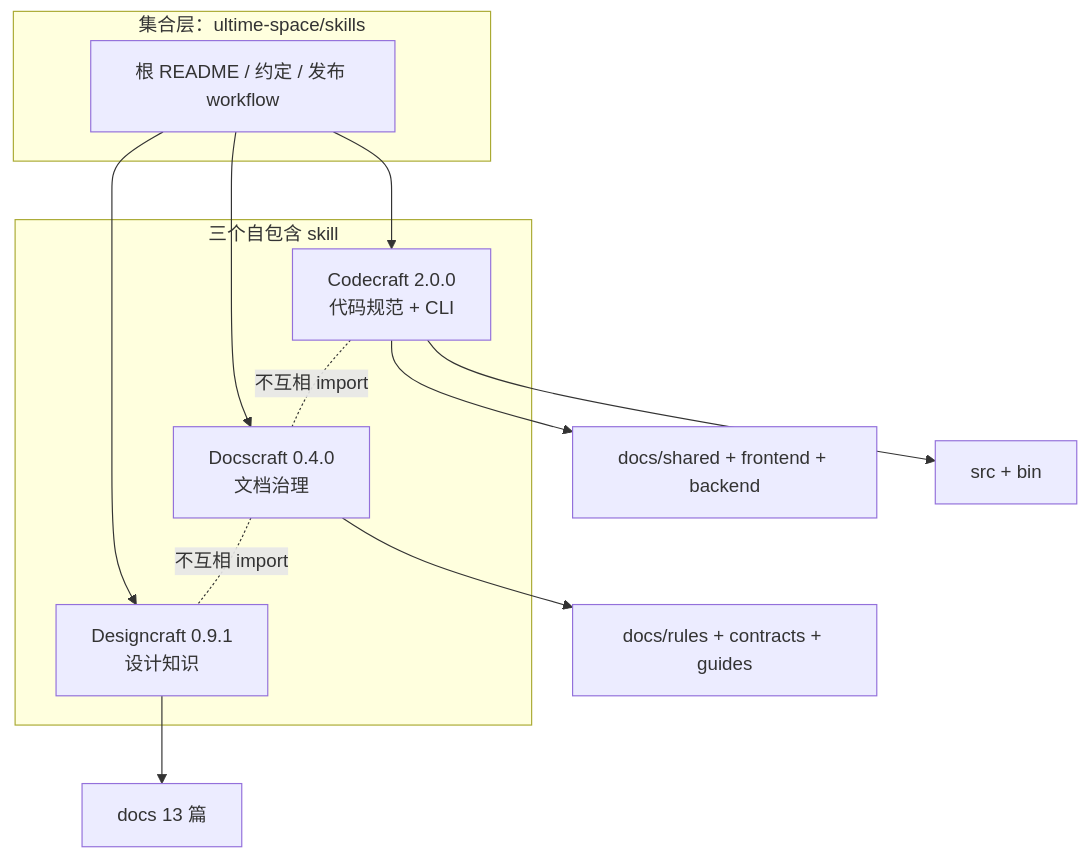
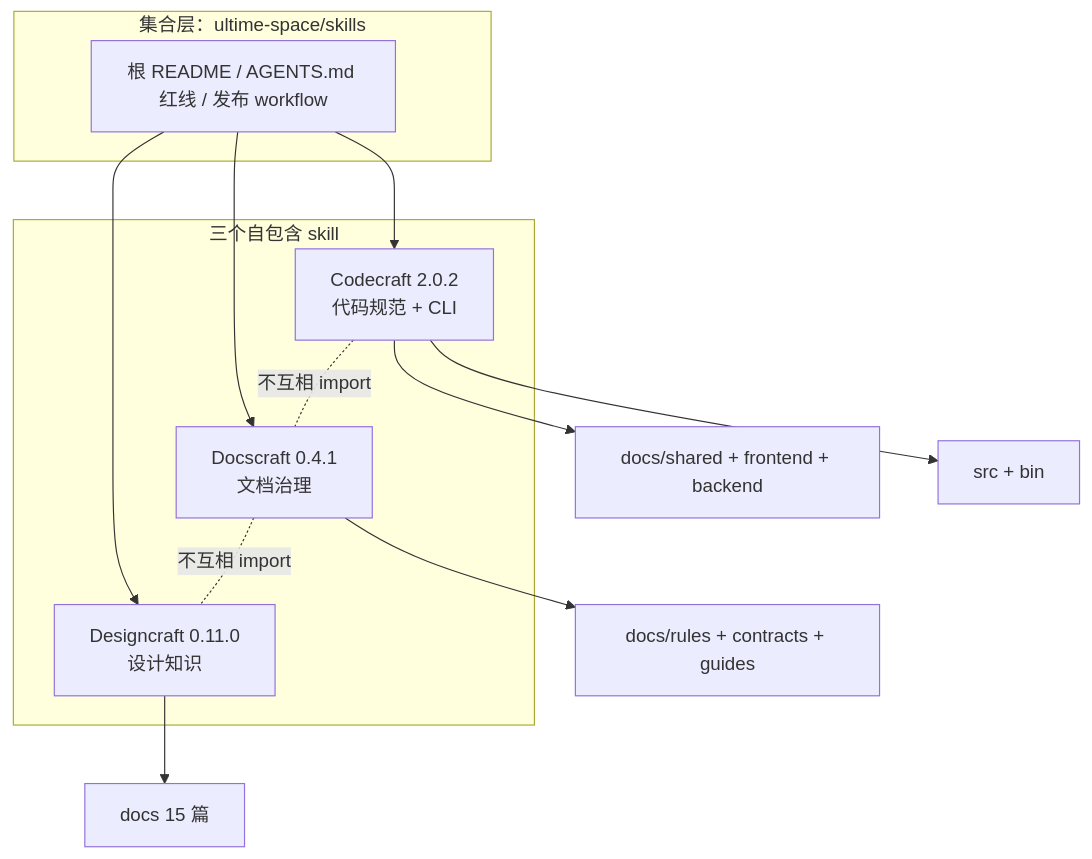
Before and after one commit to FlyForkFork/ForkYou: the second of 5 diagrams in 06-web/ultime-space-skills/02-architecture.md, drawn with Mermaid. The commit also changed other lines of this file and 13 other files, not shown here.

````diff
--- a/06-web/ultime-space-skills/02-architecture.md
+++ b/06-web/ultime-space-skills/02-architecture.md
@@ -52,20 +54,20 @@
 ```mermaid
 flowchart TB
   subgraph Collection[集合层：ultime-space/skills]
-    Root[根 README / 约定 / 发布 workflow]
+    Root[根 README / AGENTS.md 红线 / 发布 workflow]
   end
   subgraph Skills[三个自包含 skill]
-    CC[Codecraft 2.0.0<br/>代码规范 + CLI]
-    DC[Docscraft 0.4.0<br/>文档治理]
-    DS[Designcraft 0.9.1<br/>设计知识]
+    CC[Codecraft 2.0.2<br/>代码规范 + CLI]
+    DC[Docscraft 0.4.1<br/>文档治理]
+    DS[Designcraft 0.11.0<br/>设计知识]
   end
   Root --> CC
   Root --> DC
   Root --> DS
   CC -. 不互相 import .- DC
   DC -. 不互相 import .- DS
   CC --> CCdocs[docs/shared + frontend + backend]
   CC --> CCcli[src + bin]
   DC --> DCdocs[docs/rules + contracts + guides]
-  DS --> DSdocs[docs 13 篇]
+  DS --> DSdocs[docs 15 篇]
 ```
````
